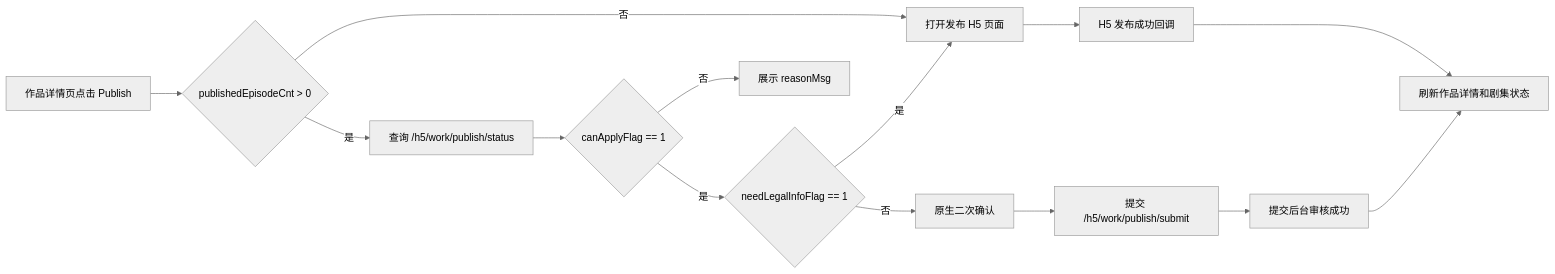
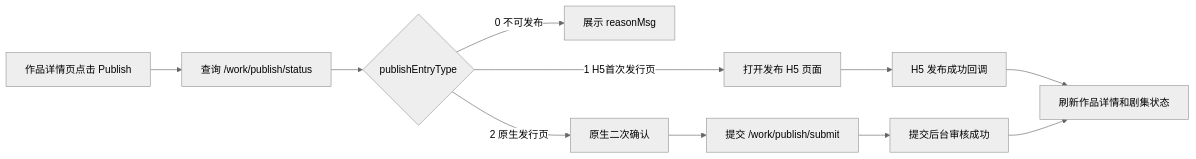
The first of 2 diagrams in design/project/work-publish-flow.md (wangshaowen1/Android_epnova), drawn with Mermaid (neutral theme) before and after one commit. The commit also changed other lines of this file and 6 other files, not shown here.

````diff
--- a/design/project/work-publish-flow.md
+++ b/design/project/work-publish-flow.md
@@ -18,16 +17,13 @@
 ```mermaid
 flowchart LR
-    A[作品详情页点击 Publish] --> B{publishedEpisodeCnt > 0}
-    B -- 否 --> F[打开发布 H5 页面]
-    B -- 是 --> C[查询 /h5/work/publish/status]
-    C --> D{canApplyFlag == 1}
-    D -- 否 --> E[展示 reasonMsg]
-    D -- 是 --> G{needLegalInfoFlag == 1}
-    G -- 是 --> F
-    G -- 否 --> H[原生二次确认]
-    H --> I[提交 /h5/work/publish/submit]
+    A[作品详情页点击 Publish] --> B[查询 /work/publish/status]
+    B --> C{publishEntryType}
+    C -- 0 不可发布 --> D[展示 reasonMsg]
+    C -- 1 H5首次发行页 --> F[打开发布 H5 页面]
+    C -- 2 原生发行页 --> H[原生二次确认]
+    H --> I[提交 /work/publish/submit]
     F --> J[H5 发布成功回调]
     I --> K[提交后台审核成功]
     J --> L[刷新作品详情和剧集状态]
     K --> L
 ```
````
